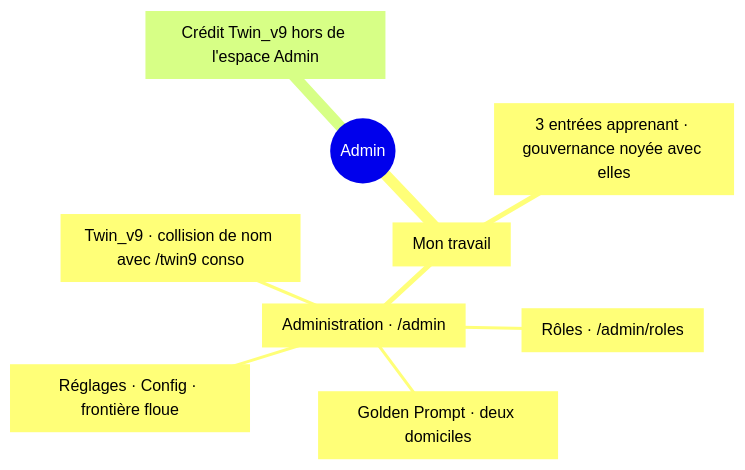
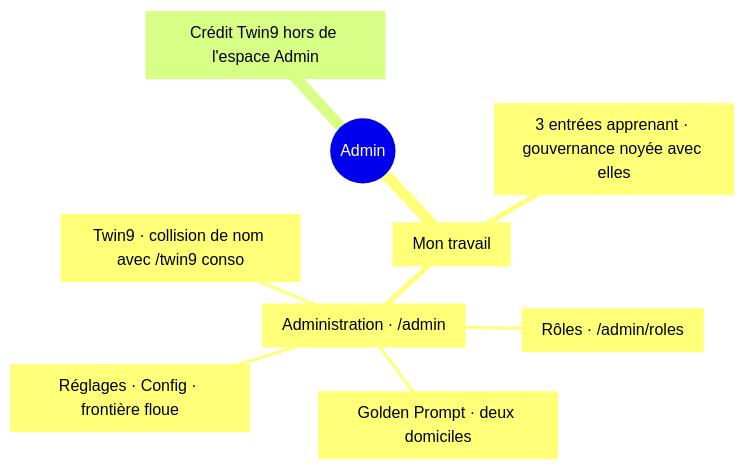
One commit to 4nd4ny/humanome changed the ninth of 12 diagrams in docs/ergonomie-navigation.md. Above: the diagram before and after it, drawn with Mermaid. The commit also changed other lines of this file and 78 other files, not shown here.

````diff
--- a/docs/ergonomie-navigation.md
+++ b/docs/ergonomie-navigation.md
@@ -228,12 +228,12 @@
 ```mermaid
 mindmap
   root((Admin))
     t["Mon travail"]
       a["3 entrées apprenant · gouvernance noyée avec elles"]
       ad["Administration · /admin"]
         ad1["Rôles · /admin/roles"]
         ad2["Golden Prompt · deux domiciles"]
         ad3["Réglages · Config · frontière floue"]
-        ad4["Twin_v9 · collision de nom avec /twin9 conso"]
-    cc["Crédit Twin_v9 hors de l'espace Admin"]
+        ad4["Twin9 · collision de nom avec /twin9 conso"]
+    cc["Crédit Twin9 hors de l'espace Admin"]
 ```
````
